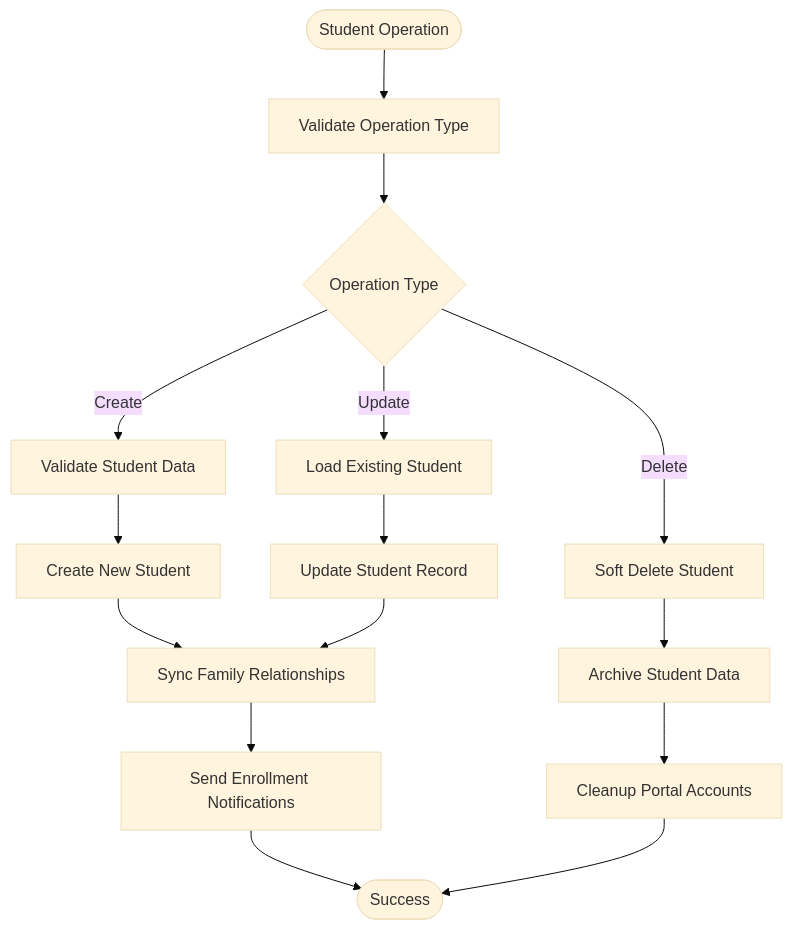
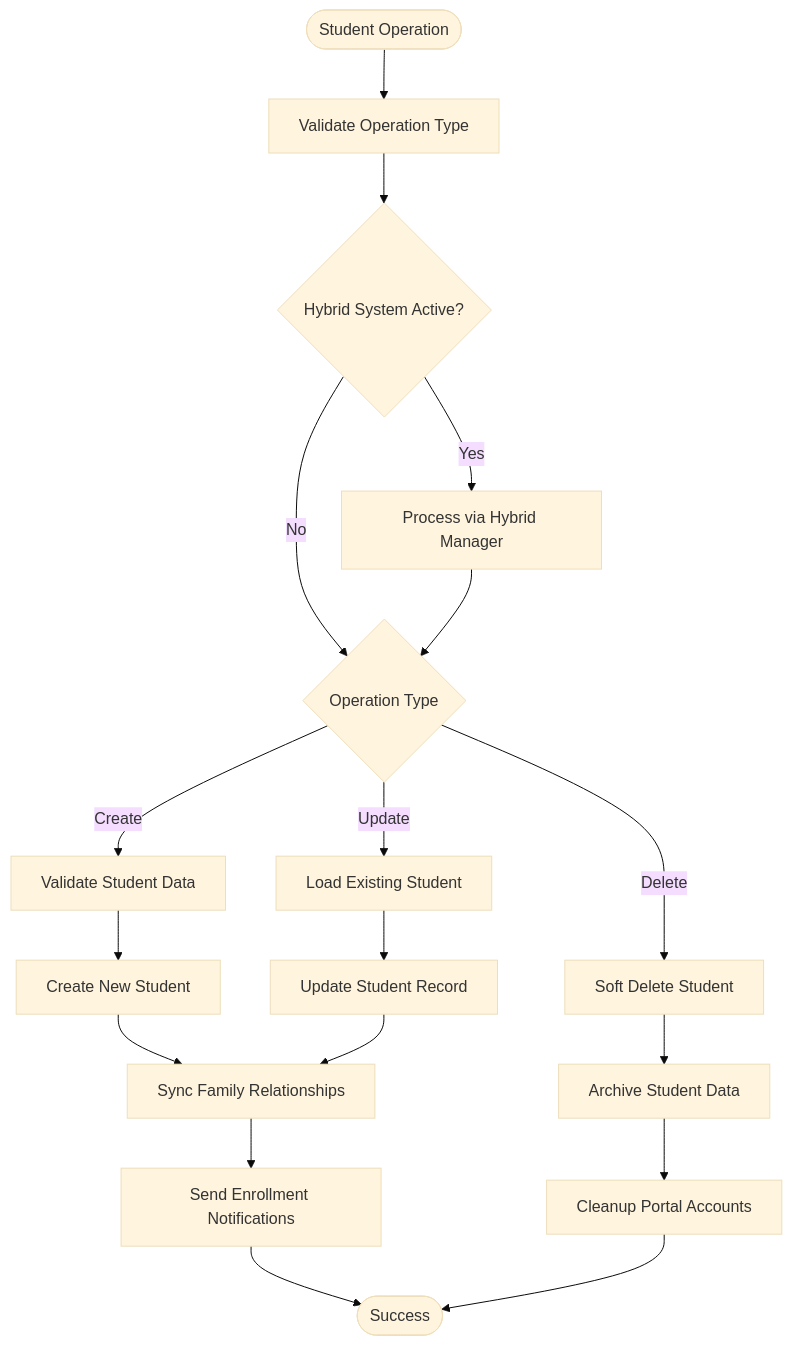
The tenth of 13 diagrams in .qoder/repowiki/en/content/Modules & Features/Responsables & Eleves Module.md (franckylab/eLISAschool), drawn with Mermaid (base theme) before and after one commit. The commit also changed other lines of this file and 33 other files, not shown here.

````diff
--- a/.qoder/repowiki/en/content/Modules & Features/Responsables & Eleves Module.md
+++ b/.qoder/repowiki/en/content/Modules & Features/Responsables & Eleves Module.md
@@ -290,17 +409,20 @@
 ```mermaid
 flowchart TD
 Start([Student Operation]) --> ValidateOperation["Validate Operation Type"]
-ValidateOperation --> CheckType{"Operation Type"}
+ValidateOperation --> CheckHybrid{"Hybrid System Active?"}
+CheckHybrid --> |Yes| HybridProcessing["Process via Hybrid Manager"]
+CheckHybrid --> |No| CheckType{"Operation Type"}
 CheckType --> |Create| ValidateStudent["Validate Student Data"]
 CheckType --> |Update| LoadStudent["Load Existing Student"]
 CheckType --> |Delete| SoftDelete["Soft Delete Student"]
+HybridProcessing --> CheckType
 ValidateStudent --> CreateStudent["Create New Student"]
 LoadStudent --> UpdateStudent["Update Student Record"]
 CreateStudent --> SyncRelationships["Sync Family Relationships"]
 UpdateStudent --> SyncRelationships
 SoftDelete --> ArchiveData["Archive Student Data"]
 SyncRelationships --> SendNotifications["Send Enrollment Notifications"]
 ArchiveData --> CleanupPortal["Cleanup Portal Accounts"]
 SendNotifications --> End([Success])
 CleanupPortal --> End
 ```
````
